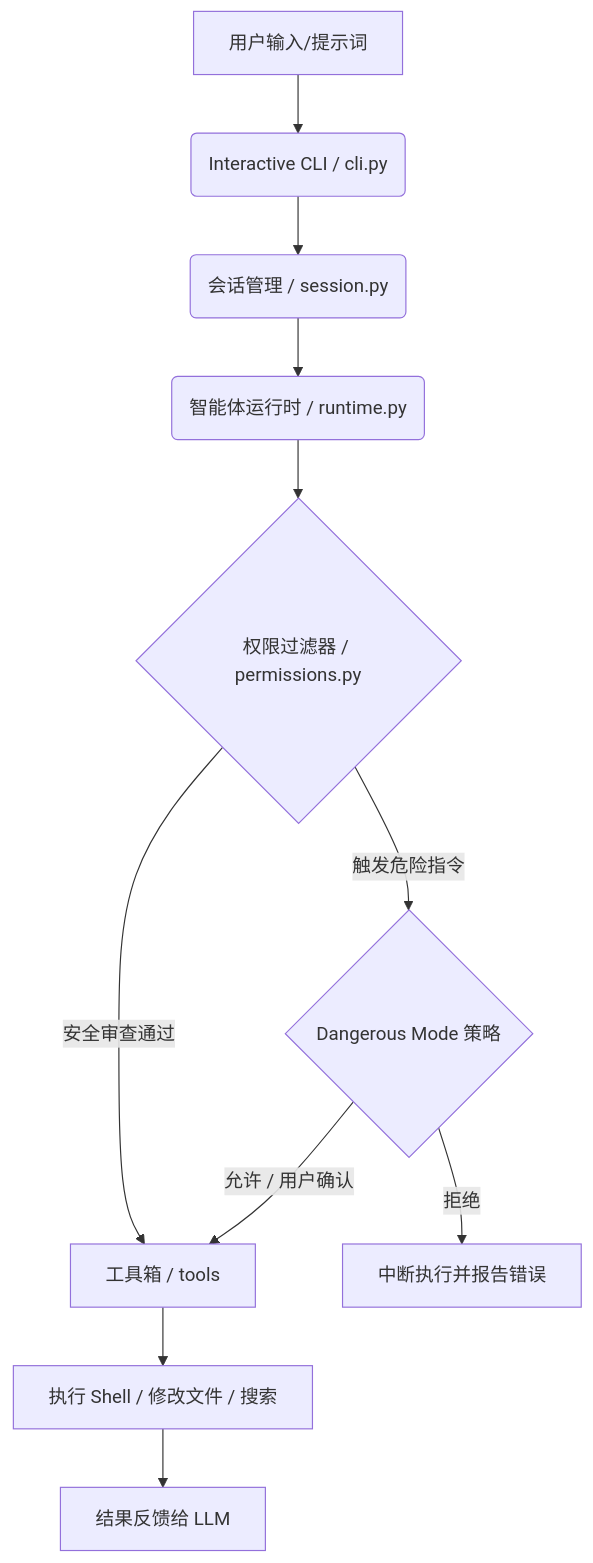
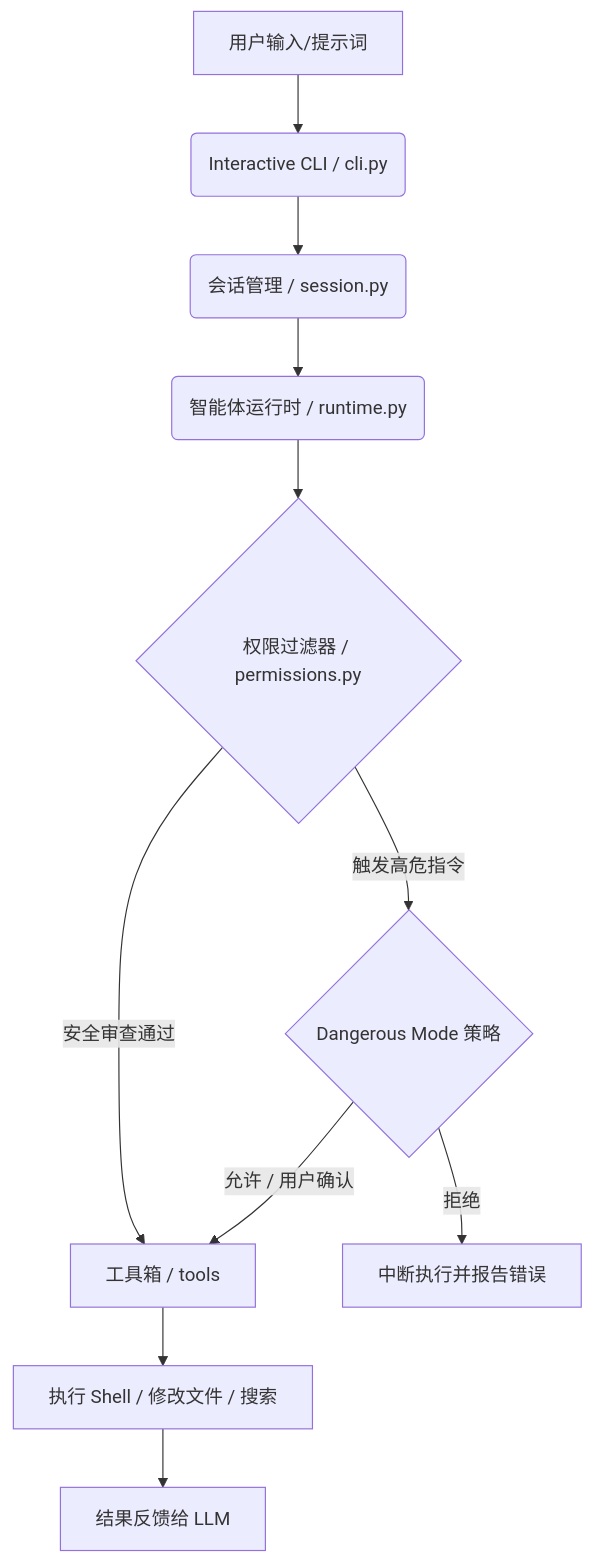
Before and after one commit to BlueX888/forge-code: the diagram in README.md, drawn with Mermaid. The commit also changed other lines of this file, not shown here.

````diff
--- a/README.md
+++ b/README.md
@@ -33,13 +44,13 @@
 ```mermaid
 graph TD
     A[用户输入/提示词] --> B(Interactive CLI / cli.py)
     B --> C(会话管理 / session.py)
     C --> D(智能体运行时 / runtime.py)
     D --> E{权限过滤器 / permissions.py}
     E -- 安全审查通过 --> F[工具箱 / tools]
-    E -- 触发危险指令 --> G{Dangerous Mode 策略}
+    E -- 触发高危指令 --> G{Dangerous Mode 策略}
     G -- 允许 / 用户确认 --> F
     G -- 拒绝 --> H[中断执行并报告错误]
     F --> I[执行 Shell / 修改文件 / 搜索]
     I --> J[结果反馈给 LLM]
 ```
````
